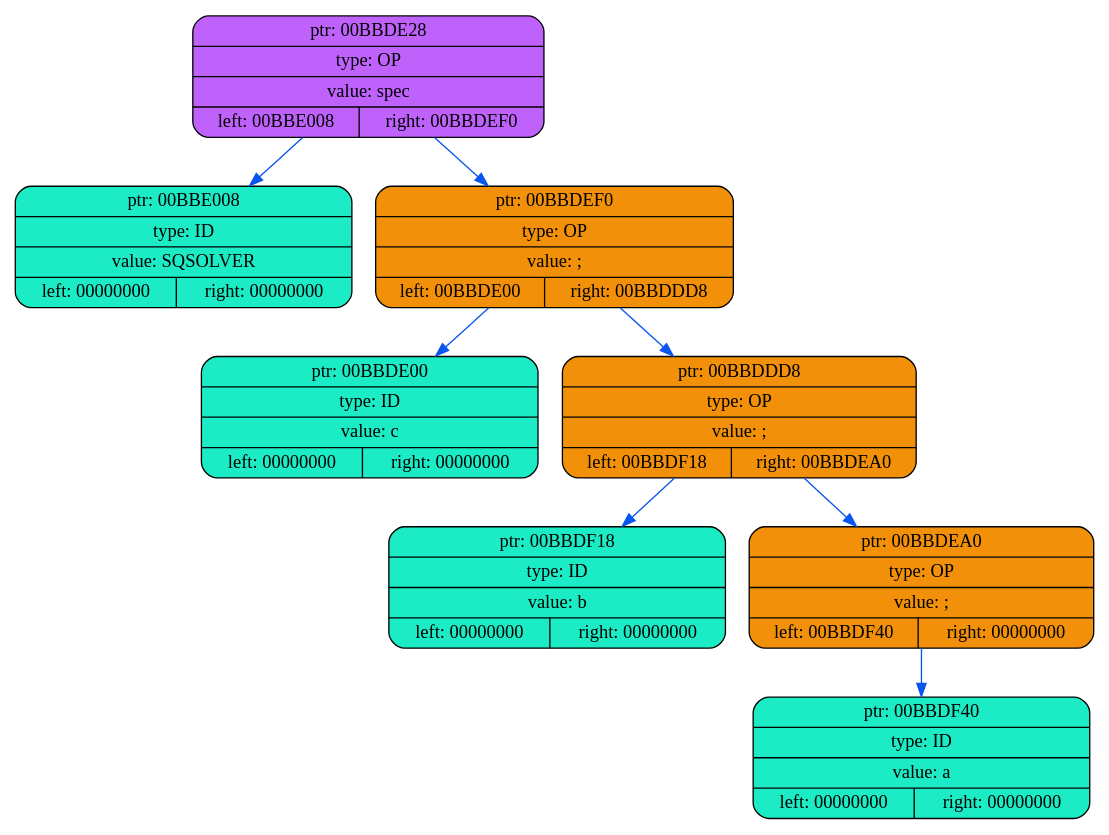
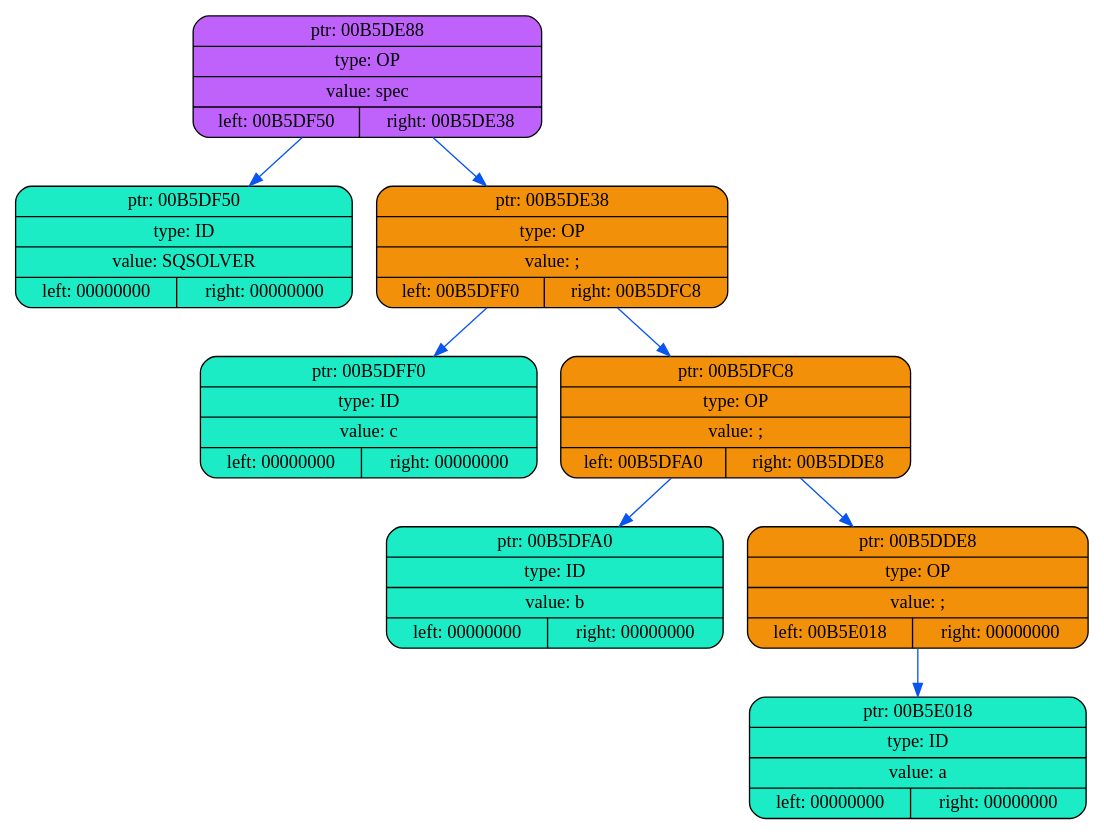
The diagram in frontend/dump/dump2.dot (coffee8cat/Elden-language), drawn with Graphviz before and after one commit. The commit also changed 31 other files, not shown here.

```diff
--- a/frontend/dump/dump2.dot
+++ b/frontend/dump/dump2.dot
@@ -1,20 +1,20 @@
 digraph
 {
     rankdir=TP
 
-        node00BBDE28[shape=record,style="rounded,filled",fillcolor="#BF62FC",label="{ ptr: 00BBDE28 | type: OP | value: spec| { left: 00BBE008 | right: 00BBDEF0 }}"];
-    node00BBDE28 -> node00BBE008[color="#0855F0"]
-    node00BBE008[shape=record,style="rounded,filled",fillcolor="#1BECC5",label="{ ptr: 00BBE008 | type: ID | value: SQSOLVER| { left: 00000000 | right: 00000000 }}"];
-    node00BBDE28 -> node00BBDEF0[color="#0855F0"]
-    node00BBDEF0[shape=record,style="rounded,filled",fillcolor="#F2900A",label="{ ptr: 00BBDEF0 | type: OP | value: ;| { left: 00BBDE00 | right: 00BBDDD8 }}"];
-    node00BBDEF0 -> node00BBDE00[color="#0855F0"]
-    node00BBDE00[shape=record,style="rounded,filled",fillcolor="#1BECC5",label="{ ptr: 00BBDE00 | type: ID | value: c| { left: 00000000 | right: 00000000 }}"];
-    node00BBDEF0 -> node00BBDDD8[color="#0855F0"]
-    node00BBDDD8[shape=record,style="rounded,filled",fillcolor="#F2900A",label="{ ptr: 00BBDDD8 | type: OP | value: ;| { left: 00BBDF18 | right: 00BBDEA0 }}"];
-    node00BBDDD8 -> node00BBDF18[color="#0855F0"]
-    node00BBDF18[shape=record,style="rounded,filled",fillcolor="#1BECC5",label="{ ptr: 00BBDF18 | type: ID | value: b| { left: 00000000 | right: 00000000 }}"];
-    node00BBDDD8 -> node00BBDEA0[color="#0855F0"]
-    node00BBDEA0[shape=record,style="rounded,filled",fillcolor="#F2900A",label="{ ptr: 00BBDEA0 | type: OP | value: ;| { left: 00BBDF40 | right: 00000000 }}"];
-    node00BBDEA0 -> node00BBDF40[color="#0855F0"]
-    node00BBDF40[shape=record,style="rounded,filled",fillcolor="#1BECC5",label="{ ptr: 00BBDF40 | type: ID | value: a| { left: 00000000 | right: 00000000 }}"];
+        node00B5DE88[shape=record,style="rounded,filled",fillcolor="#BF62FC",label="{ ptr: 00B5DE88 | type: OP | value: spec| { left: 00B5DF50 | right: 00B5DE38 }}"];
+    node00B5DE88 -> node00B5DF50[color="#0855F0"]
+    node00B5DF50[shape=record,style="rounded,filled",fillcolor="#1BECC5",label="{ ptr: 00B5DF50 | type: ID | value: SQSOLVER| { left: 00000000 | right: 00000000 }}"];
+    node00B5DE88 -> node00B5DE38[color="#0855F0"]
+    node00B5DE38[shape=record,style="rounded,filled",fillcolor="#F2900A",label="{ ptr: 00B5DE38 | type: OP | value: ;| { left: 00B5DFF0 | right: 00B5DFC8 }}"];
+    node00B5DE38 -> node00B5DFF0[color="#0855F0"]
+    node00B5DFF0[shape=record,style="rounded,filled",fillcolor="#1BECC5",label="{ ptr: 00B5DFF0 | type: ID | value: c| { left: 00000000 | right: 00000000 }}"];
+    node00B5DE38 -> node00B5DFC8[color="#0855F0"]
+    node00B5DFC8[shape=record,style="rounded,filled",fillcolor="#F2900A",label="{ ptr: 00B5DFC8 | type: OP | value: ;| { left: 00B5DFA0 | right: 00B5DDE8 }}"];
+    node00B5DFC8 -> node00B5DFA0[color="#0855F0"]
+    node00B5DFA0[shape=record,style="rounded,filled",fillcolor="#1BECC5",label="{ ptr: 00B5DFA0 | type: ID | value: b| { left: 00000000 | right: 00000000 }}"];
+    node00B5DFC8 -> node00B5DDE8[color="#0855F0"]
+    node00B5DDE8[shape=record,style="rounded,filled",fillcolor="#F2900A",label="{ ptr: 00B5DDE8 | type: OP | value: ;| { left: 00B5E018 | right: 00000000 }}"];
+    node00B5DDE8 -> node00B5E018[color="#0855F0"]
+    node00B5E018[shape=record,style="rounded,filled",fillcolor="#1BECC5",label="{ ptr: 00B5E018 | type: ID | value: a| { left: 00000000 | right: 00000000 }}"];
 }
```
